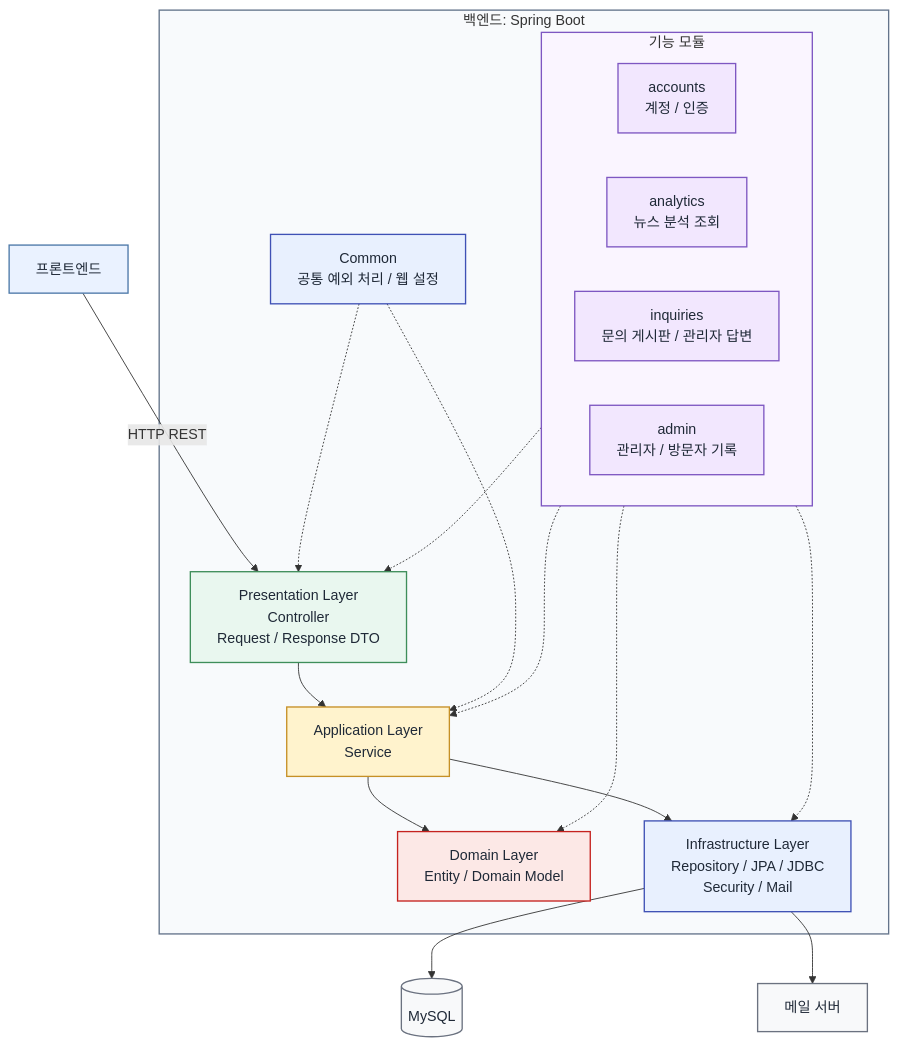
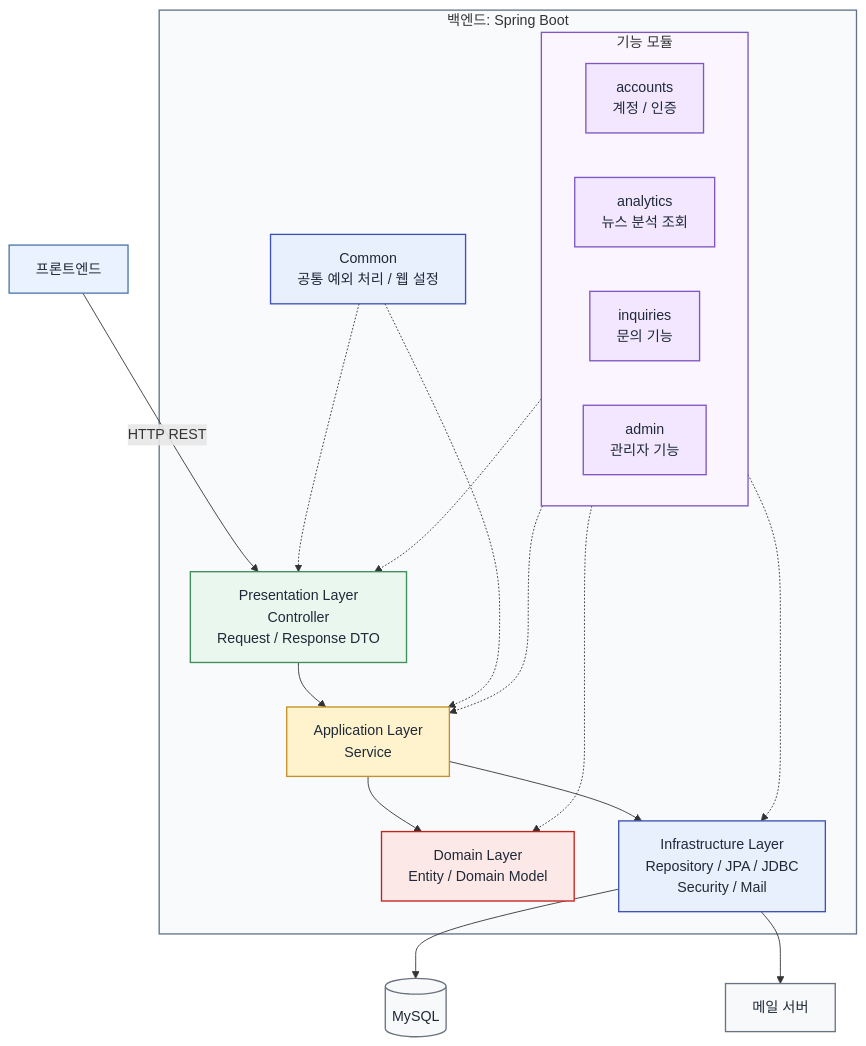
The second of 5 diagrams in docs/architecture-draft.md (sssat/graduation-project), drawn with Mermaid before and after one commit.

Commit message:
아키텍처 그림 수정

````diff
--- a/docs/architecture-draft.md
+++ b/docs/architecture-draft.md
@@ -67,53 +67,53 @@
 ```mermaid
 flowchart TB
   Client["프론트엔드"]
 
   subgraph Backend["백엔드: Spring Boot"]
     subgraph FeatureModules["기능 모듈"]
       Accounts["accounts<br/>계정 / 인증"]
       Analytics["analytics<br/>뉴스 분석 조회"]
-      Inquiries["inquiries<br/>문의 게시판 / 관리자 답변"]
-      Admins["admin<br/>관리자 / 방문자 기록"]
+      Inquiries["inquiries<br/>문의 기능"]
+      Admins["admin<br/>관리자 기능"]
     end
 
     Presentation["Presentation Layer<br/>Controller<br/>Request / Response DTO"]
     Application["Application Layer<br/>Service<br/>"]
     Domain["Domain Layer<br/>Entity / Domain Model<br/>"]
     Infrastructure["Infrastructure Layer<br/>Repository / JPA / JDBC<br/>Security / Mail"]
     Common["Common<br/>공통 예외 처리 / 웹 설정"]
   end
 
   DB[("MySQL")]
   Mail["메일 서버"]
 
   Client -->|"HTTP REST"| Presentation
   FeatureModules -.-> Presentation
   FeatureModules -.-> Application
   FeatureModules -.-> Domain
   FeatureModules -.-> Infrastructure
 
   Presentation --> Application
   Application --> Domain
   Application --> Infrastructure
   Infrastructure --> DB
   Infrastructure --> Mail
   Common -.-> Presentation
   Common -.-> Application
 
   classDef client fill:#EAF2FF,stroke:#4C78A8,color:#1F2937,stroke-width:1.5px
   classDef module fill:#F2E7FE,stroke:#7E57C2,color:#1F2937,stroke-width:1.5px
   classDef presentation fill:#E9F7EF,stroke:#3E8E5A,color:#1F2937,stroke-width:1.5px
   classDef application fill:#FFF3CD,stroke:#C69026,color:#1F2937,stroke-width:1.5px
   classDef domain fill:#FCE8E6,stroke:#C5221F,color:#1F2937,stroke-width:1.5px
   classDef infra fill:#E8F0FE,stroke:#3F51B5,color:#1F2937,stroke-width:1.5px
   classDef external fill:#F8F9FA,stroke:#6B7280,color:#1F2937,stroke-width:1.5px
   class Client client
   class Accounts,Analytics,Inquiries,Admins module
   class Presentation presentation
   class Application application
   class Domain domain
   class Infrastructure,Common infra
   class DB,Mail external
   style Backend fill:#F8FAFC,stroke:#64748B,stroke-width:1.5px
   style FeatureModules fill:#FAF5FF,stroke:#7E57C2,stroke-width:1.5px
 ```
````
